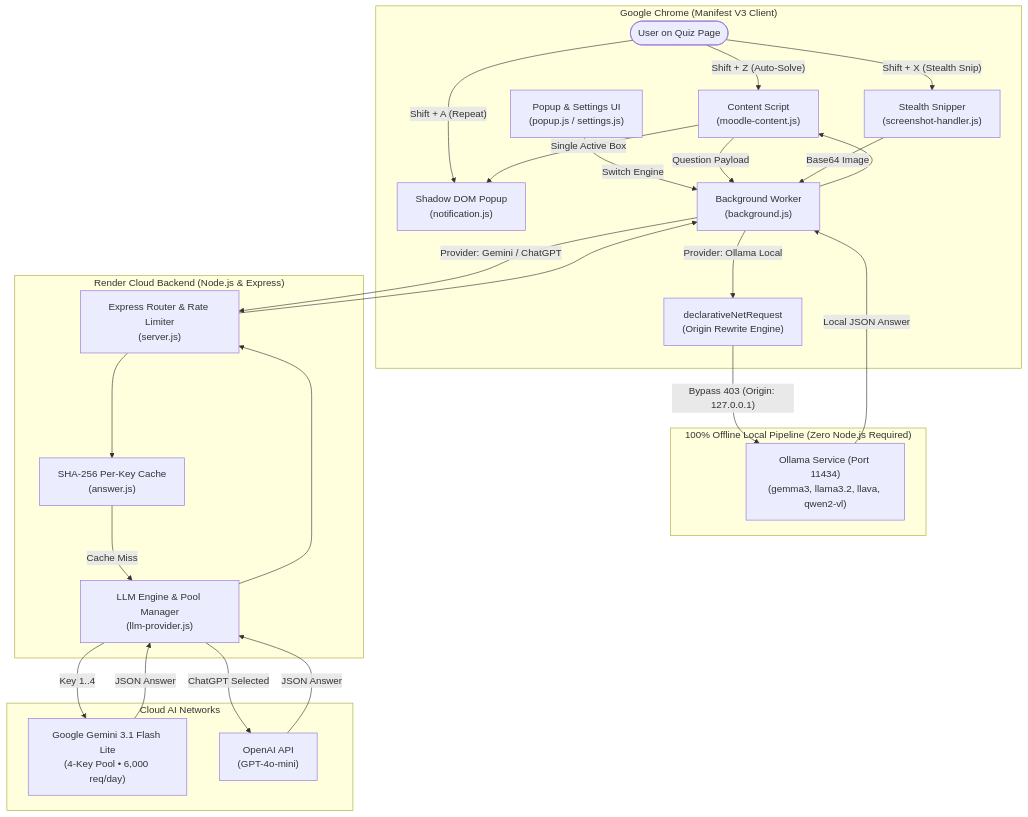
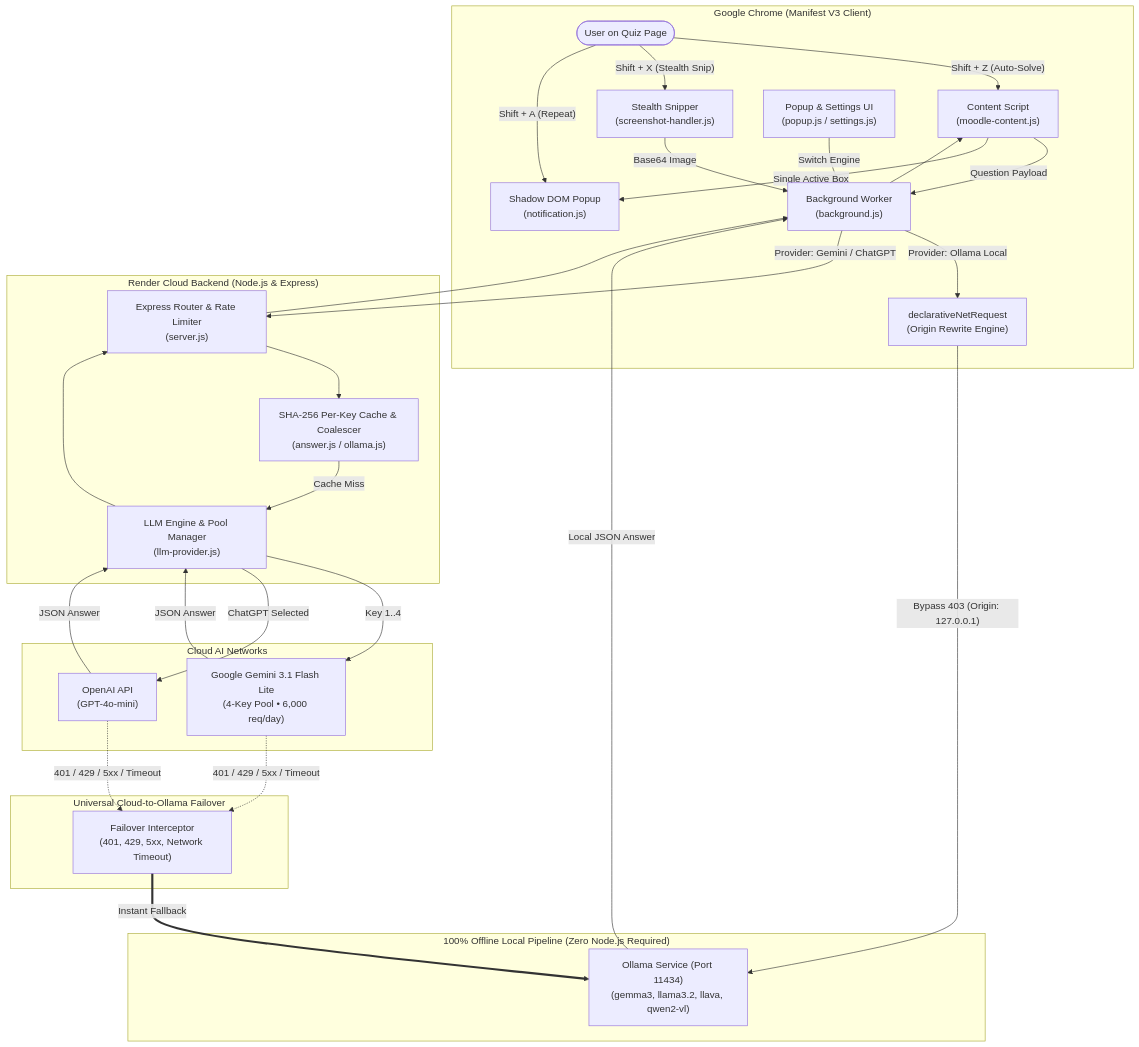
The first of 2 diagrams in README.md (swapnil-exxe/Extension), drawn with Mermaid before and after one commit. The commit also changed other lines of this file and 9 other files, not shown here.

Commit message:
feat(ollama): fix answer accuracy, eliminate option A bias, add universal failover and performance caching

````diff
--- a/README.md
+++ b/README.md
@@ -27,52 +27,60 @@
 ```mermaid
 flowchart TD
     subgraph Browser["Google Chrome (Manifest V3 Client)"]
         User(["User on Quiz Page"])
         ContentScript["Content Script<br>(moodle-content.js)"]
         Notification["Shadow DOM Popup<br>(notification.js)"]
         Snipper["Stealth Snipper<br>(screenshot-handler.js)"]
         ServiceWorker["Background Worker<br>(background.js)"]
         DNR["declarativeNetRequest<br>(Origin Rewrite Engine)"]
         PopupUI["Popup & Settings UI<br>(popup.js / settings.js)"]
     end
 
     subgraph LocalAI["100% Offline Local Pipeline (Zero Node.js Required)"]
         OllamaLocal["Ollama Service (Port 11434)<br>(gemma3, llama3.2, llava, qwen2-vl)"]
     end
 
+    subgraph CloudFailover["Universal Cloud-to-Ollama Failover"]
+        FailoverEngine["Failover Interceptor<br>(401, 429, 5xx, Network Timeout)"]
+    end
+
     subgraph Cloud["Render Cloud Backend (Node.js & Express)"]
         Router["Express Router & Rate Limiter<br>(server.js)"]
-        Cache["SHA-256 Per-Key Cache<br>(answer.js)"]
+        Cache["SHA-256 Per-Key Cache & Coalescer<br>(answer.js / ollama.js)"]
         LLMEngine["LLM Engine & Pool Manager<br>(llm-provider.js)"]
     end
 
     subgraph AIProviders["Cloud AI Networks"]
         GeminiPool["Google Gemini 3.1 Flash Lite<br>(4-Key Pool • 6,000 req/day)"]
         OpenAI["OpenAI API<br>(GPT-4o-mini)"]
     end
 
     User -->|"Shift + Z (Auto-Solve)"| ContentScript
     User -->|"Shift + X (Stealth Snip)"| Snipper
     User -->|"Shift + A (Repeat)"| Notification
     PopupUI -->|"Switch Engine"| ServiceWorker
 
     ContentScript -->|"Question Payload"| ServiceWorker
     Snipper -->|"Base64 Image"| ServiceWorker
 
     ServiceWorker -->|"Provider: Ollama Local"| DNR
     DNR -->|"Bypass 403 (Origin: 127.0.0.1)"| OllamaLocal
     OllamaLocal -->|"Local JSON Answer"| ServiceWorker
 
     ServiceWorker -->|"Provider: Gemini / ChatGPT"| Router
     Router --> Cache
     Cache -->|"Cache Miss"| LLMEngine
     LLMEngine -->|"Key 1..4"| GeminiPool
     LLMEngine -->|"ChatGPT Selected"| OpenAI
     GeminiPool -->|"JSON Answer"| LLMEngine
     OpenAI -->|"JSON Answer"| LLMEngine
     LLMEngine --> Router
     Router --> ServiceWorker
 
+    GeminiPool -.->|"401 / 429 / 5xx / Timeout"| FailoverEngine
+    OpenAI -.->|"401 / 429 / 5xx / Timeout"| FailoverEngine
+    FailoverEngine ==>|"Instant Fallback"| OllamaLocal
+
     ServiceWorker --> ContentScript
     ContentScript -->|"Single Active Box"| Notification
 ```
````
